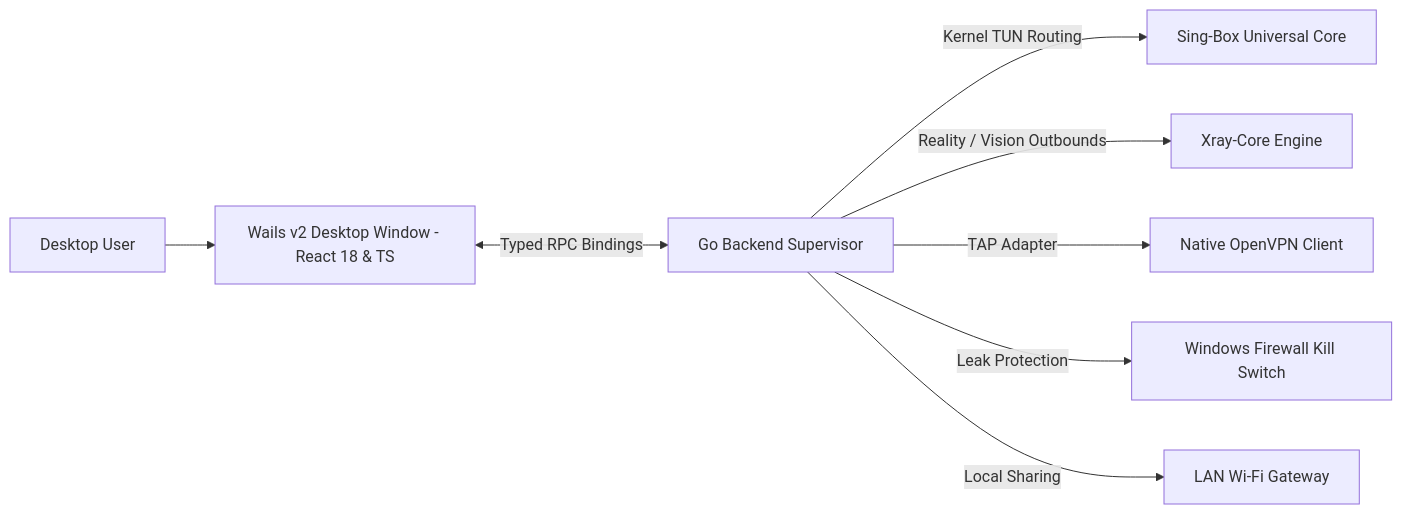
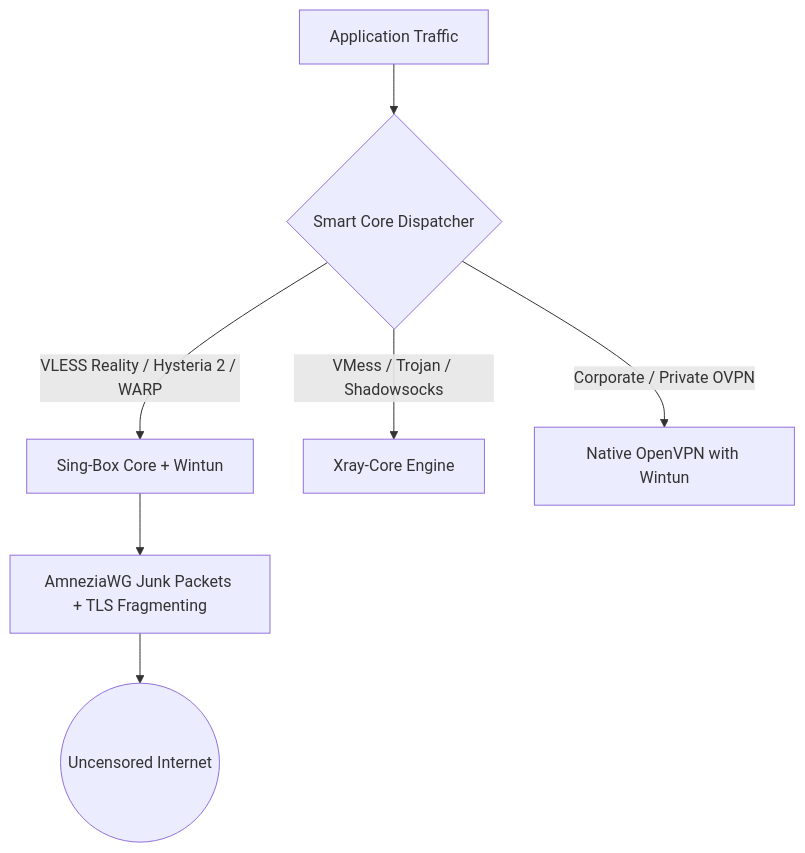
The diagram in README.md (Rpg-420/NexVPN), drawn with Mermaid before and after one commit. The commit also changed other lines of this file and 61 other files, not shown here.

Commit message:
feat: release v1.3.3 - AmneziaWG obfuscation, Discovery Hub, OpenVPN auto-timeout, and UI/core optimizations

````diff
--- a/README.md
+++ b/README.md
@@ -45,10 +167,9 @@
 ```mermaid
-graph LR
-    User[Desktop User] --> GUI[Wails v2 Desktop Window - React 18 & TS]
-    GUI <-->|Typed RPC Bindings| Core[Go Backend Supervisor]
-    Core -->|Kernel TUN Routing| SingBox[Sing-Box Universal Core]
-    Core -->|Reality / Vision Outbounds| Xray[Xray-Core Engine]
-    Core -->|TAP Adapter| OpenVPN[Native OpenVPN Client]
-    Core -->|Leak Protection| KillSwitch[Windows Firewall Kill Switch]
-    Core -->|Local Sharing| LANShare[LAN Wi-Fi Gateway]
+graph TD
+    In[Application Traffic] --> Dispatcher{Smart Core Dispatcher}
+    Dispatcher -->|VLESS Reality / Hysteria 2 / WARP| SingBox[Sing-Box Core + Wintun]
+    Dispatcher -->|VMess / Trojan / Shadowsocks| Xray[Xray-Core Engine]
+    Dispatcher -->|Corporate / Private OVPN| OpenVPN[Native OpenVPN with Wintun]
+    SingBox --> AntiDPI[AmneziaWG Junk Packets + TLS Fragmenting]
+    AntiDPI --> Internet((Uncensored Internet))
 ```
````
